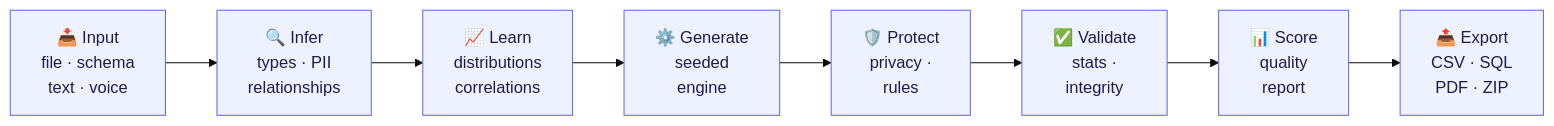
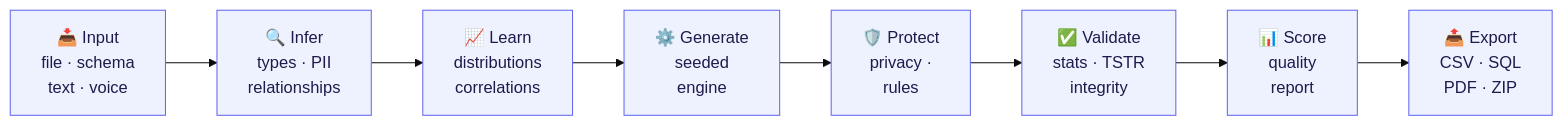
Before and after one commit to Zohaibarif69/synthra: the second of 2 diagrams in README.md, drawn with Mermaid (base theme). The commit also changed other lines of this file and 16 other files, not shown here.

````diff
--- a/README.md
+++ b/README.md
@@ -141,12 +144,12 @@
 ```mermaid
 flowchart LR
   A["📥 Input<br/>file · schema<br/>text · voice"] --> B["🔍 Infer<br/>types · PII<br/>relationships"]
   B --> C["📈 Learn<br/>distributions<br/>correlations"]
   C --> D["⚙️ Generate<br/>seeded<br/>engine"]
   D --> E["🛡️ Protect<br/>privacy ·<br/>rules"]
-  E --> F["✅ Validate<br/>stats ·<br/>integrity"]
+  E --> F["✅ Validate<br/>stats · TSTR<br/>integrity"]
   F --> G["📊 Score<br/>quality<br/>report"]
   G --> H["📤 Export<br/>CSV · SQL<br/>PDF · ZIP"]
   classDef step fill:#EEF2FF,stroke:#6366F1,color:#1E1B4B;
   class A,B,C,D,E,F,G,H step;
 ```
````
